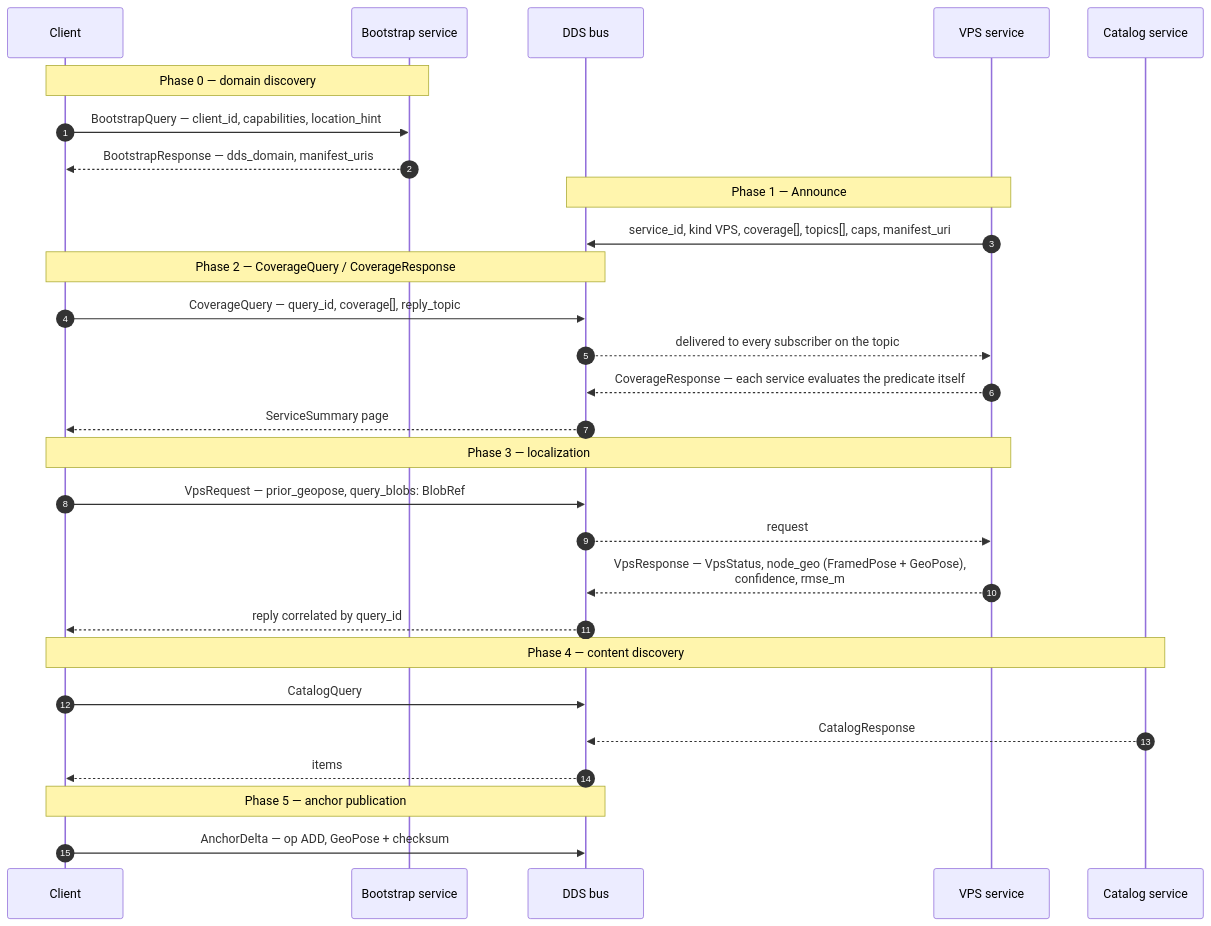
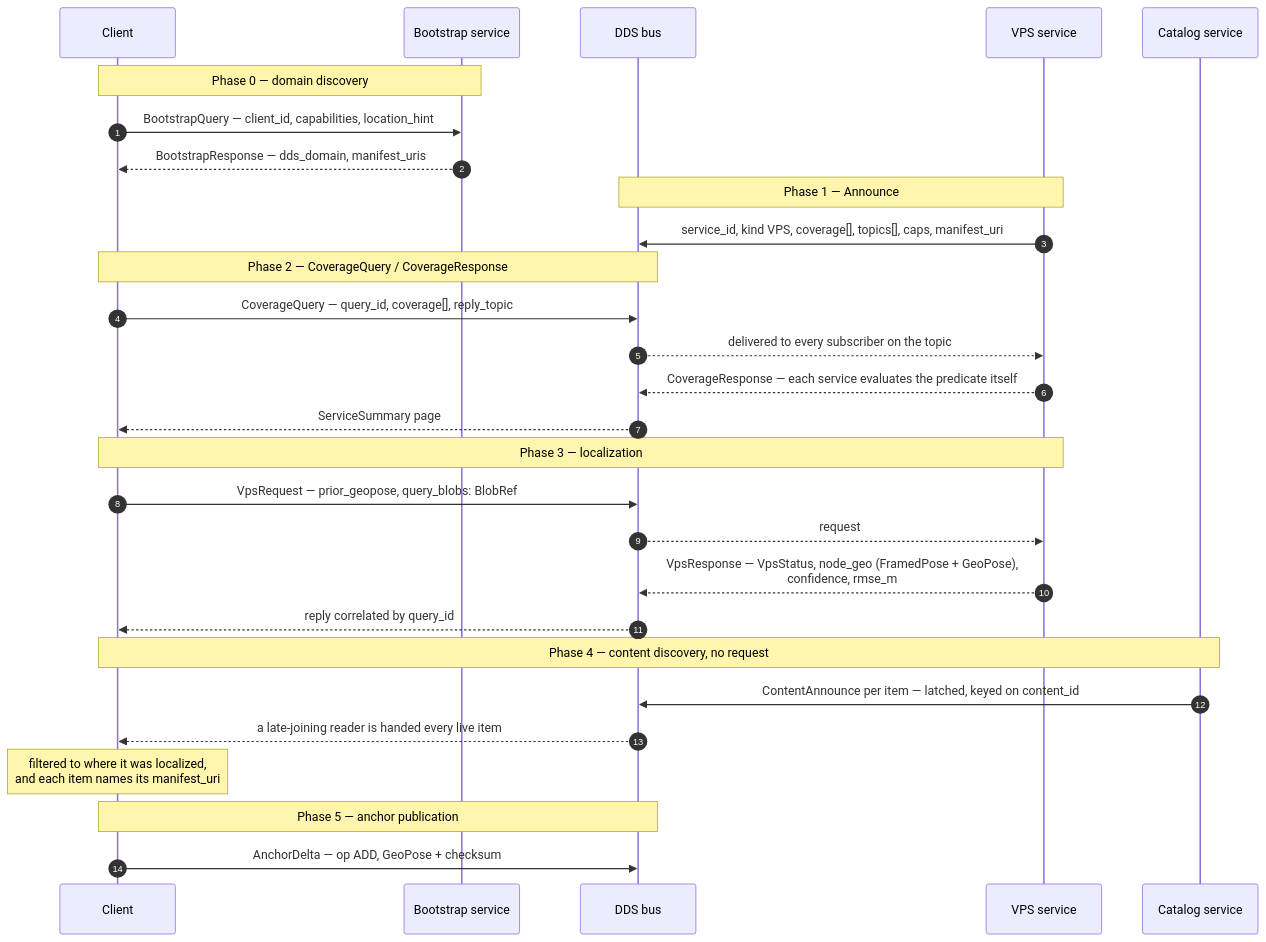
Before and after one commit to OpenArCloud/SpatialDDS-demo: the second of 2 diagrams in ar_demo/README.md, drawn with Mermaid. The commit also changed other lines of this file and 40 other files, not shown here.

````diff
--- a/ar_demo/README.md
+++ b/ar_demo/README.md
@@ -85,36 +95,36 @@
 ```mermaid
 sequenceDiagram
     autonumber
     participant Client
     participant Boot as Bootstrap service
     participant Bus as DDS bus
     participant VPS as VPS service
     participant Cat as Catalog service
 
     Note over Client,Boot: Phase 0 — domain discovery
     Client->>Boot: BootstrapQuery — client_id, capabilities, location_hint
     Boot-->>Client: BootstrapResponse — dds_domain, manifest_uris
 
     Note over VPS,Bus: Phase 1 — Announce
     VPS->>Bus: service_id, kind VPS, coverage[], topics[], caps, manifest_uri
 
     Note over Client,Bus: Phase 2 — CoverageQuery / CoverageResponse
     Client->>Bus: CoverageQuery — query_id, coverage[], reply_topic
     Bus-->>VPS: delivered to every subscriber on the topic
     VPS-->>Bus: CoverageResponse — each service evaluates the predicate itself
     Bus-->>Client: ServiceSummary page
 
     Note over Client,VPS: Phase 3 — localization
     Client->>Bus: VpsRequest — prior_geopose, query_blobs: BlobRef
     Bus-->>VPS: request
     VPS-->>Bus: VpsResponse — VpsStatus, node_geo (FramedPose + GeoPose),<br/>confidence, rmse_m
     Bus-->>Client: reply correlated by query_id
 
-    Note over Client,Cat: Phase 4 — content discovery
-    Client->>Bus: CatalogQuery
-    Cat-->>Bus: CatalogResponse
-    Bus-->>Client: items
+    Note over Client,Cat: Phase 4 — content discovery, no request
+    Cat->>Bus: ContentAnnounce per item — latched, keyed on content_id
+    Bus-->>Client: a late-joining reader is handed every live item
+    Note over Client: filtered to where it was localized,<br/>and each item names its manifest_uri
 
     Note over Client,Bus: Phase 5 — anchor publication
     Client->>Bus: AnchorDelta — op ADD, GeoPose + checksum
 ```
````
